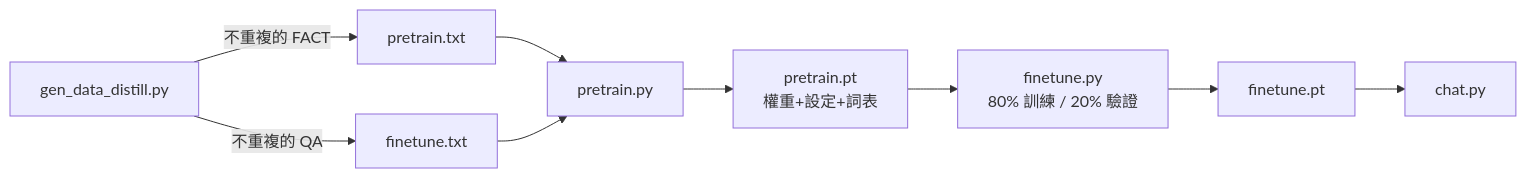
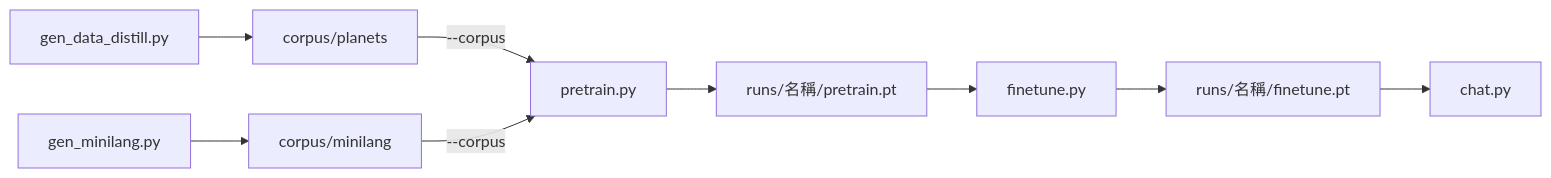
The diagram in mini-lm/run.md (ccc-claude-opus/mini-lm), drawn with Mermaid before and after one commit. The commit also changed other lines of this file and 15 other files, not shown here.

````diff
--- a/mini-lm/run.md
+++ b/mini-lm/run.md
@@ -5,9 +36,7 @@
 ```mermaid
 flowchart LR
-  A[gen_data_distill.py] -->|不重複的 FACT| B[pretrain.txt]
-  A -->|不重複的 QA| C[finetune.txt]
-  B --> D[pretrain.py] --> E[pretrain.pt<br/>權重+設定+詞表]
-  C --> D
-  E --> F[finetune.py<br/>80% 訓練 / 20% 驗證] --> G[finetune.pt]
-  G --> H[chat.py]
+  G1[gen_data_distill.py] --> C1[corpus/planets]
+  G2[gen_minilang.py] --> C2[corpus/minilang]
+  C1 & C2 -->|--corpus| P[pretrain.py] --> R1[runs/名稱/pretrain.pt]
+  R1 --> F[finetune.py] --> R2[runs/名稱/finetune.pt] --> H[chat.py]
 ```
````
